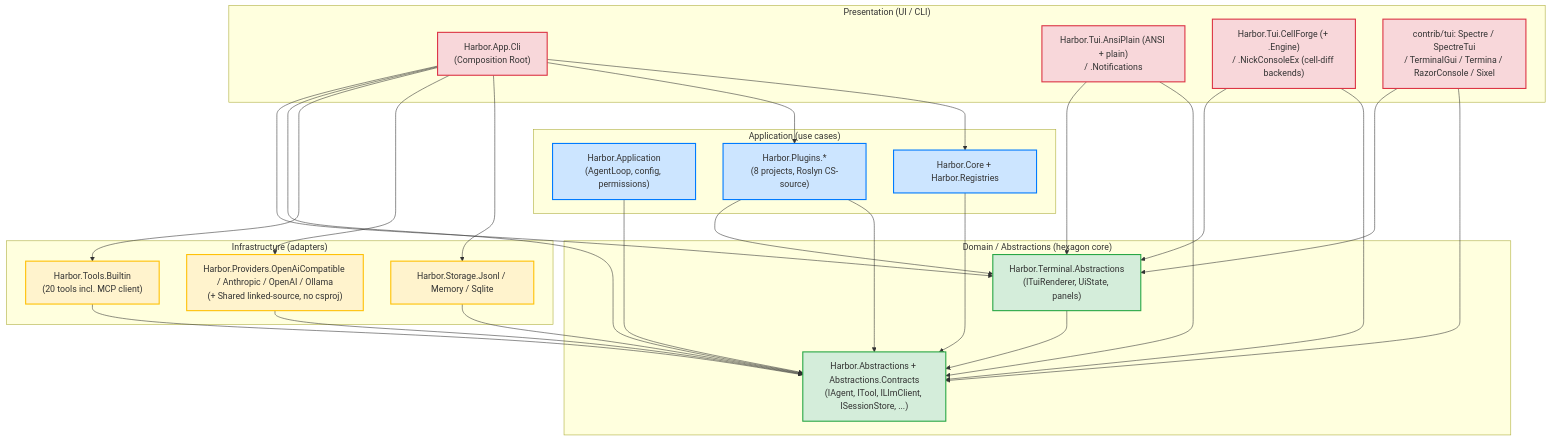
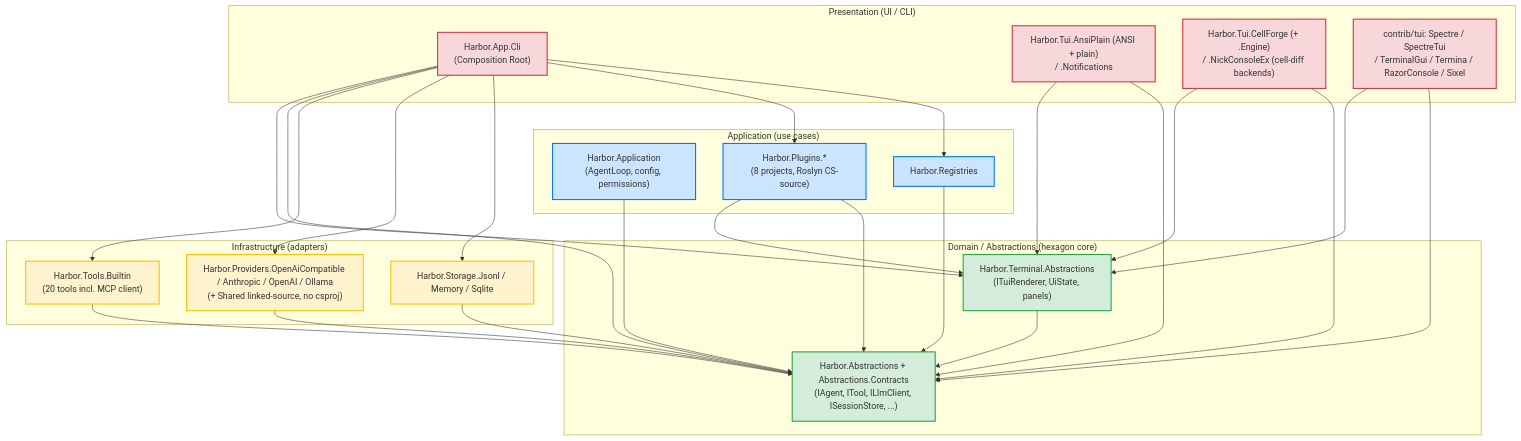
One commit to refusedguy/Harbor-Harness changed the diagram in docs/ARCHITECTURE_LAYERS.md. Above: the diagram before and after it, drawn with Mermaid. The commit also changed other lines of this file and 48 other files, not shown here.

First line of the commit message:
docs: erase the Harbor.Core facade from current documentation

````diff
--- a/docs/ARCHITECTURE_LAYERS.md
+++ b/docs/ARCHITECTURE_LAYERS.md
@@ -138,62 +138,62 @@
 ```mermaid
 flowchart TB
     subgraph Pres["Presentation (UI / CLI)"]
         Cli["Harbor.App.Cli<br/>(Composition Root)"]
         TuiAnsi["Harbor.Tui.AnsiPlain (ANSI + plain)<br/>/ .Notifications"]
         TuiConsoleEx["Harbor.Tui.CellForge (+ .Engine)<br/>/ .NickConsoleEx (cell-diff backends)"]
         TuiContrib["contrib/tui: Spectre / SpectreTui<br/>/ TerminalGui / Termina / RazorConsole / Sixel"]
     end
 
     subgraph App["Application (use cases)"]
         AppLayer["Harbor.Application<br/>(AgentLoop, config, permissions)"]
-        Core["Harbor.Core + Harbor.Registries"]
+        Core["Harbor.Registries"]
         Plugins["Harbor.Plugins.*<br/>(8 projects, Roslyn CS-source)"]
     end
 
     subgraph Infra["Infrastructure (adapters)"]
         Storage["Harbor.Storage.Jsonl / Memory / Sqlite"]
         Providers["Harbor.Providers.OpenAiCompatible / Anthropic / OpenAI / Ollama<br/>(+ Shared linked-source, no csproj)"]
         Tools["Harbor.Tools.Builtin<br/>(20 tools incl. MCP client)"]
     end
 
     subgraph Domain["Domain / Abstractions (hexagon core)"]
         Abs["Harbor.Abstractions + Abstractions.Contracts<br/>(IAgent, ITool, ILlmClient, ISessionStore, ...)"]
         TuiAbs["Harbor.Terminal.Abstractions<br/>(ITuiRenderer, UiState, panels)"]
     end
 
     Cli --> Core
     Cli --> Plugins
     Cli --> Storage
     Cli --> Providers
     Cli --> Tools
     Cli --> Abs
     Cli --> TuiAbs
 
     TuiAnsi --> Abs
     TuiAnsi --> TuiAbs
     TuiConsoleEx --> Abs
     TuiConsoleEx --> TuiAbs
     TuiContrib --> Abs
     TuiContrib --> TuiAbs
 
     AppLayer --> Abs
     Core --> Abs
     Plugins --> Abs
     Plugins --> TuiAbs
 
     Storage --> Abs
     Providers --> Abs
     Tools --> Abs
 
     TuiAbs --> Abs
 
     classDef domain fill:#d4edda,stroke:#28a745,stroke-width:2px
     classDef app fill:#cce5ff,stroke:#007bff,stroke-width:2px
     classDef infra fill:#fff3cd,stroke:#ffc107,stroke-width:2px
     classDef pres fill:#f8d7da,stroke:#dc3545,stroke-width:2px
 
     class Abs,TuiAbs domain
     class AppLayer,Core,Plugins app
     class Storage,Providers,Tools infra
     class Cli,TuiAnsi,TuiConsoleEx,TuiContrib pres
 ```
````
